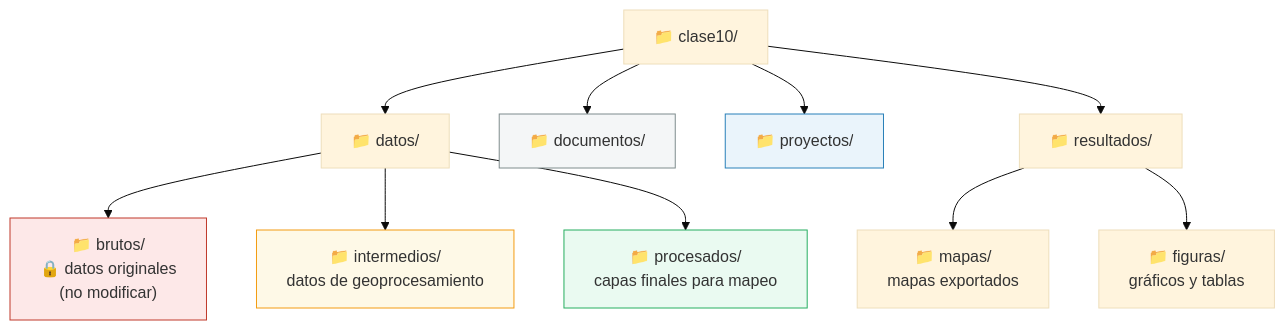
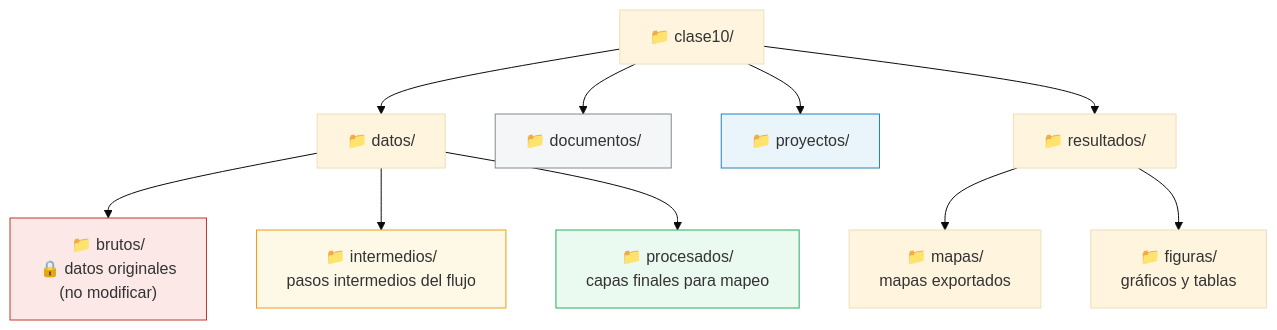
Before and after one commit to felipejordanc/sus2211: the diagram in homeworks/tarea10.qmd, drawn with Mermaid (base theme). The commit also changed other lines of this file and 1 other file, not shown here.

````diff
--- a/homeworks/tarea10.qmd
+++ b/homeworks/tarea10.qmd
@@ -69,20 +69,20 @@
 ```{mermaid}
 flowchart TD
     A["📁 clase10/"] --> B["📁 datos/"]
     A --> C["📁 documentos/"]
     A --> D["📁 proyectos/"]
     A --> E["📁 resultados/"]
 
     B --> F["📁 brutos/<br>🔒 datos originales<br>(no modificar)"]
-    B --> G["📁 intermedios/<br>datos de geoprocesamiento"]
+    B --> G["📁 intermedios/<br>pasos intermedios del flujo"]
     B --> H["📁 procesados/<br>capas finales para mapeo"]
 
     E --> I["📁 mapas/<br>mapas exportados"]
     E --> J["📁 figuras/<br>gráficos y tablas"]
 
     style F fill:#fde8e8,stroke:#c0392b
     style G fill:#fef9e7,stroke:#f39c12
     style H fill:#eafaf1,stroke:#27ae60
     style D fill:#eaf4fb,stroke:#2980b9
     style C fill:#f4f6f7,stroke:#7f8c8d
 ```
````
